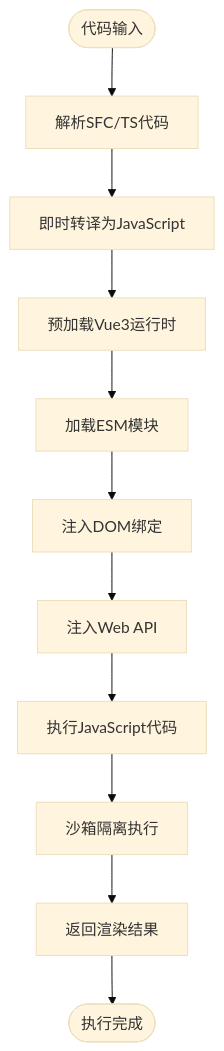
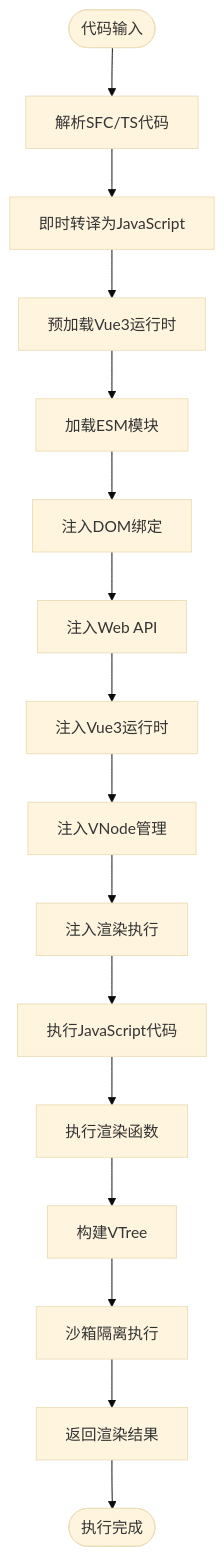
Before and after one commit to itszzl-sudo/iris: the third of 17 diagrams in .qoder/repowiki/zh/content/技术架构详解/JS沙箱运行时.md, drawn with Mermaid (base theme). The commit also changed other lines of this file and 8 other files, not shown here.

````diff
--- a/.qoder/repowiki/zh/content/技术架构详解/JS沙箱运行时.md
+++ b/.qoder/repowiki/zh/content/技术架构详解/JS沙箱运行时.md
@@ -215,13 +250,18 @@
 ```mermaid
 flowchart TD
 Start([代码输入]) --> Parse["解析SFC/TS代码"]
 Parse --> Transpile["即时转译为JavaScript"]
 Transpile --> Preload["预加载Vue3运行时"]
 Preload --> LoadModules["加载ESM模块"]
 LoadModules --> InjectDOM["注入DOM绑定"]
 InjectDOM --> InjectWebAPI["注入Web API"]
-InjectWebAPI --> Execute["执行JavaScript代码"]
-Execute --> Isolate["沙箱隔离执行"]
+InjectWebAPI --> InjectVueRuntime["注入Vue3运行时"]
+InjectVueRuntime --> InjectVNode["注入VNode管理"]
+InjectVNode --> InjectRender["注入渲染执行"]
+InjectRender --> Execute["执行JavaScript代码"]
+Execute --> RenderFunction["执行渲染函数"]
+RenderFunction --> BuildVTree["构建VTree"]
+BuildVTree --> Isolate["沙箱隔离执行"]
 Isolate --> Render["返回渲染结果"]
 Render --> End([执行完成])
 ```
````
